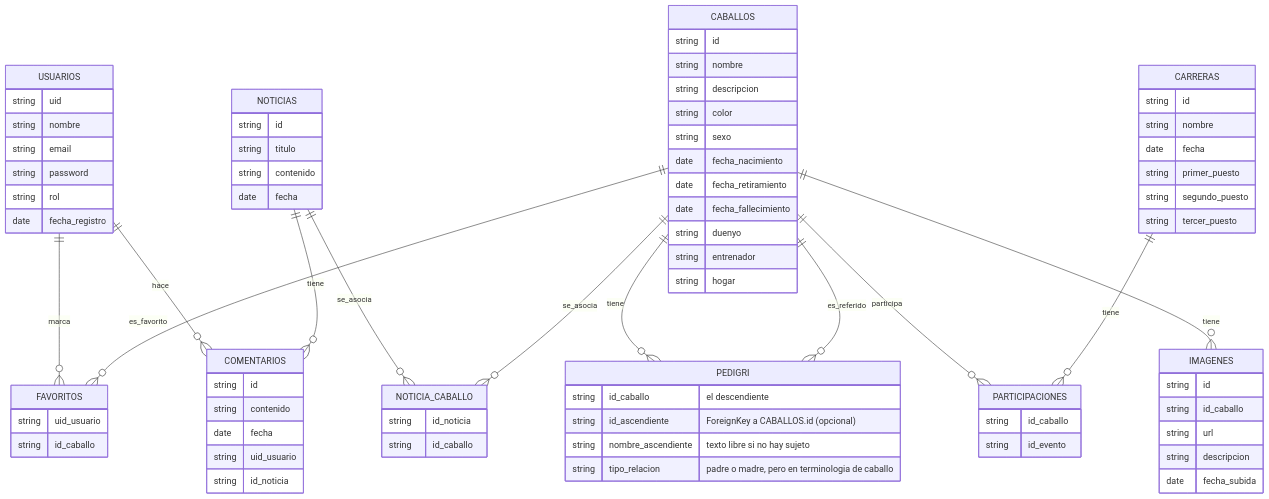
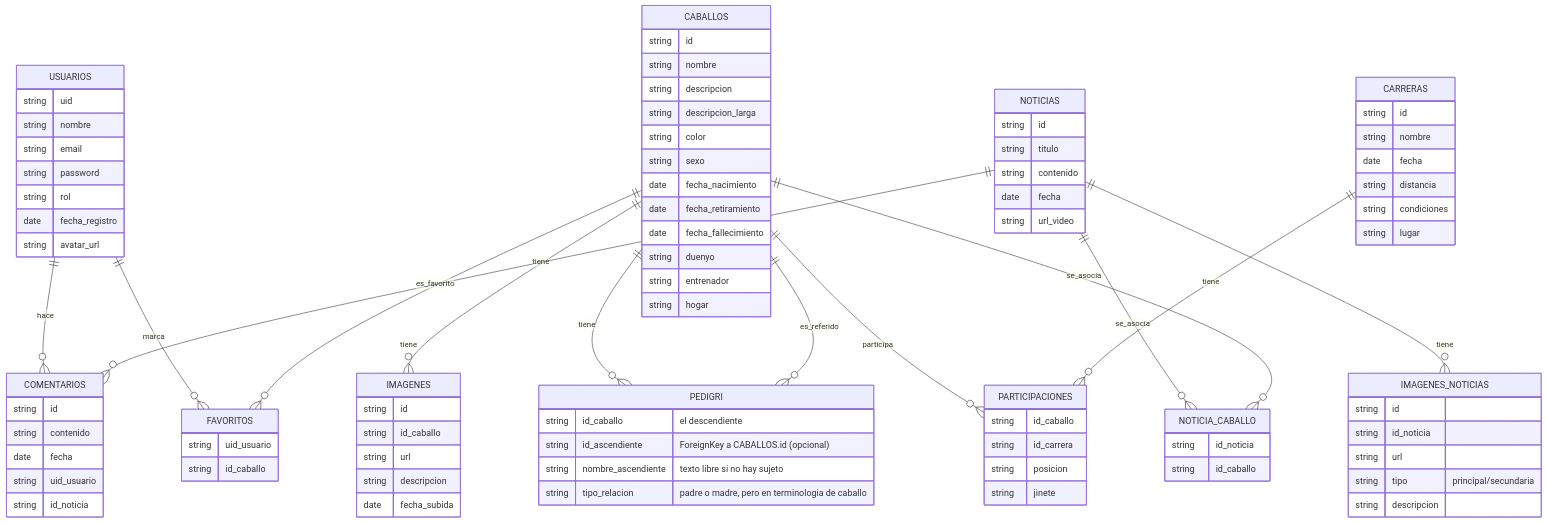
Before and after one commit to alr135/ADI25-26: the diagram in proyecto.md, drawn with Mermaid. The commit also changed 8 other files, not shown here.

```diff
--- a/proyecto.md
+++ b/proyecto.md
@@ -35,12 +35,14 @@
         string password
         string rol
         date fecha_registro
+        string avatar_url
     }
 
     CABALLOS {
         string id
         string nombre
         string descripcion
+        string descripcion_larga
         string color
         string sexo
         date fecha_nacimiento
@@ -59,13 +61,21 @@
         date fecha_subida
     }
     
+    IMAGENES_NOTICIAS {
+        string id
+        string id_noticia
+        string url
+        string tipo  "principal/secundaria"
+        string descripcion
+    }
+
     CARRERAS {
         string id
         string nombre
         date fecha
-        string primer_puesto
-        string segundo_puesto
-        string tercer_puesto
+        string distancia
+        string condiciones
+        string lugar
     }
 
     NOTICIAS {
@@ -73,6 +83,7 @@
         string titulo
         string contenido
         date fecha
+        string url_video
     }
 
     NOTICIA_CABALLO {
@@ -95,7 +106,9 @@
     
     PARTICIPACIONES {
         string id_caballo
-        string id_evento
+        string id_carrera
+        string posicion
+        string jinete
     }
 
     PEDIGRI {
@@ -106,6 +119,7 @@
     }
     
     CABALLOS ||--o{ IMAGENES : "tiene"
+    NOTICIAS ||--o{ IMAGENES_NOTICIAS : "tiene"
     CABALLOS ||--o{ PEDIGRI : "tiene"
     CABALLOS ||--o{ PEDIGRI : "es_referido"
     CABALLOS ||--o{ PARTICIPACIONES : "participa"
```
